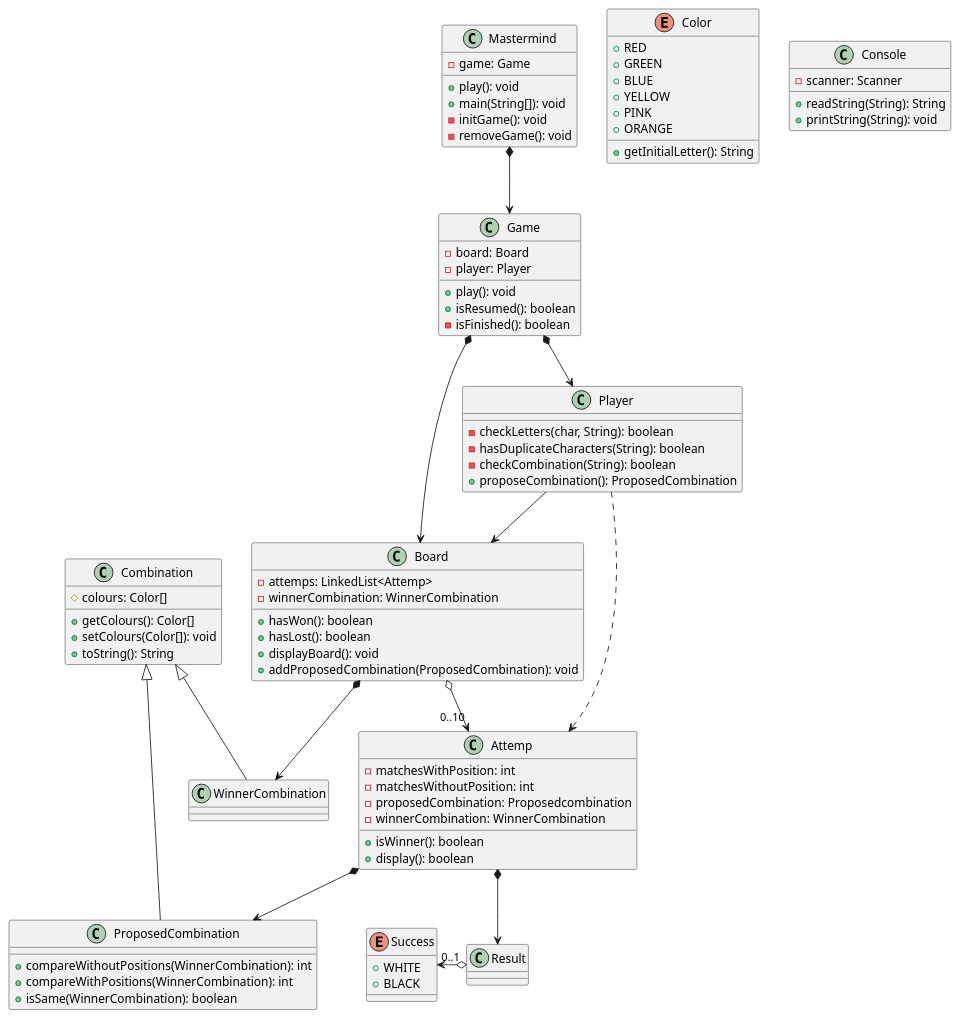
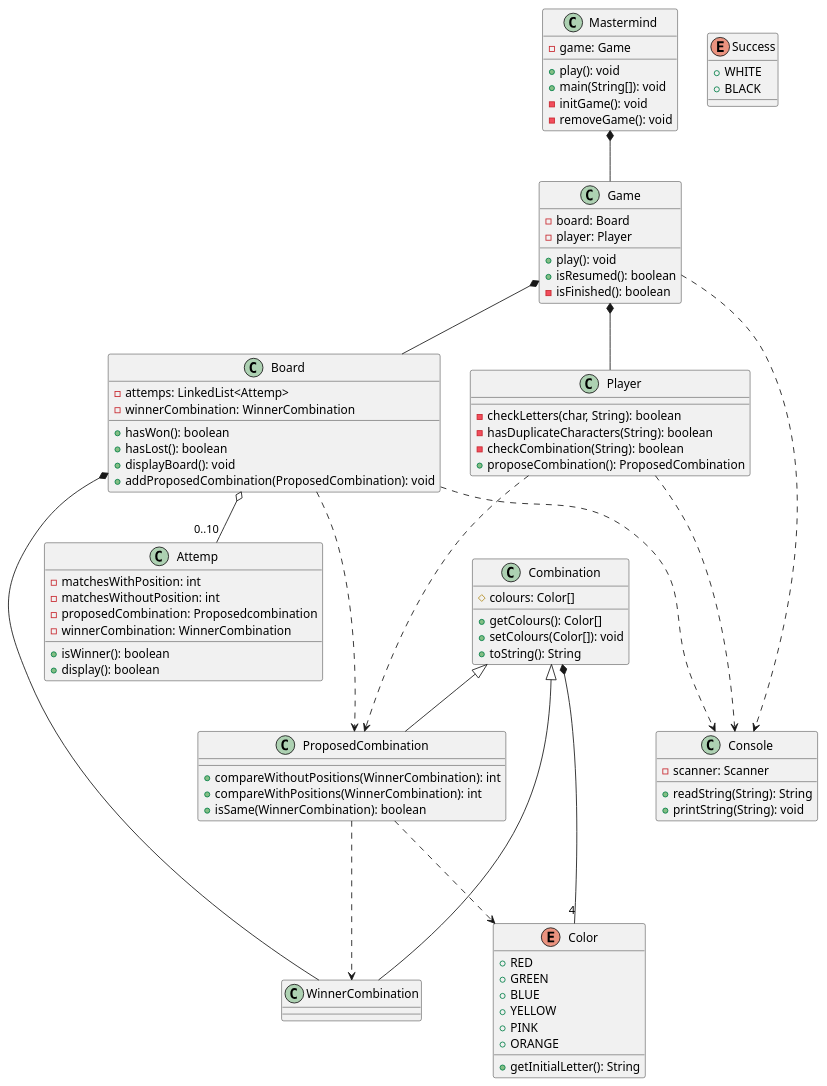
Before and after one commit to ccinterod02/Mastermind: the diagram in diagrams/domainModel.wsd, drawn with PlantUML. The commit also changed 4 other files, not shown here.

Commit message:
diagrama uml actualizado con las clases y sus relaciones

```diff
--- a/diagrams/domainModel.wsd
+++ b/diagrams/domainModel.wsd
@@ -1,116 +1,139 @@
 @startuml Mastermind
 
 class Mastermind {
   - game: Game
 
   + play(): void
   + main(String[]): void
   - initGame(): void
   - removeGame(): void
 }
 
 class Game {
   - board: Board
   - player: Player
 
   + play(): void
   + isResumed(): boolean
   - isFinished(): boolean
 
 }
 
 class Board {
   - attemps: LinkedList<Attemp>
   - winnerCombination: WinnerCombination
 
   + hasWon(): boolean
   + hasLost(): boolean
   + displayBoard(): void
   + addProposedCombination(ProposedCombination): void
 
 }
 
 enum Success{
   + WHITE
   + BLACK
 }
 
 enum Color {
   + RED
   + GREEN
   + BLUE
   + YELLOW
   + PINK
   + ORANGE
 
   + getInitialLetter(): String
 }
 
 class Attemp {
   - matchesWithPosition: int  
   - matchesWithoutPosition: int
   - proposedCombination: Proposedcombination
   - winnerCombination: WinnerCombination
 
   + isWinner(): boolean
   + display(): boolean
 }
 
 
 class Player {
 
   - checkLetters(char, String): boolean
   - hasDuplicateCharacters(String): boolean
   - checkCombination(String): boolean
   + proposeCombination(): ProposedCombination
 
 }
 
 class Combination {
   # colours: Color[]
 
   + getColours(): Color[]
   + setColours(Color[]): void
   + toString(): String
 
 }
 
 class WinnerCombination {
 
 }
 
 class ProposedCombination {
 
   + compareWithoutPositions(WinnerCombination): int
   + compareWithPositions(WinnerCombination): int
   + isSame(WinnerCombination): boolean
 
 }
 
 
 class Console {
   - scanner: Scanner
 
   + readString(String): String
   + printString(String): void
 
 }
 
+Mastermind *-down- Game
 
-Game *-down-> Board
-Game *-down-> Player
-Mastermind *-down-> Game
-Board *--> WinnerCombination
-Board o-down-> "0..10" Attemp
-Attemp *-down-> Result
-Result o-left-> "0..1" Success
-Attemp *-down-> ProposedCombination
-Player --> Board
-Player -.-> Attemp
+Game *-down- Board
+Game *-down- Player
+Game -.-> Console
+
+Player -.-> ProposedCombination
+Player -.-> Console
+
+Board o-down- "0..10" Attemp
+Board -.-> ProposedCombination
+Board *-down- WinnerCombination
+Board -.-> Console
+
+Combination *-down- "4" Color
 
 WinnerCombination -up-|> Combination
+
+ProposedCombination -.-> WinnerCombination
+ProposedCombination -.-> Color
 ProposedCombination -up-|> Combination
 
 
 
+' Game *-down-> Board
+' Game *-down-> Player
+' Mastermind *-down-> Game
+' Board *--> WinnerCombination
+' Board o-down-> "0..10" Attemp
+' Attemp *-down-> Result
+' Result o-left-> "0..1" Success
+' Attemp *-down-> ProposedCombination
+' Player --> Board
+' Player -.-> Attemp
+
+' WinnerCombination -up-|> Combination
+' ProposedCombination -up-|> Combination
+
+
+
 @enduml
```
